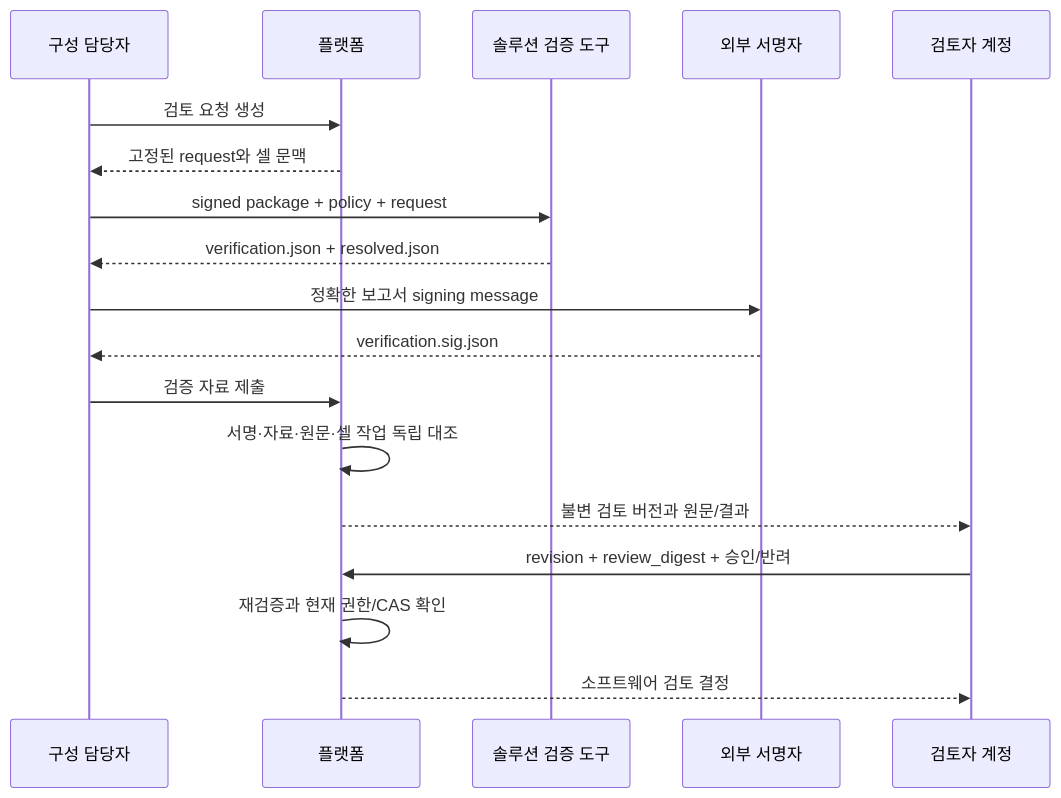
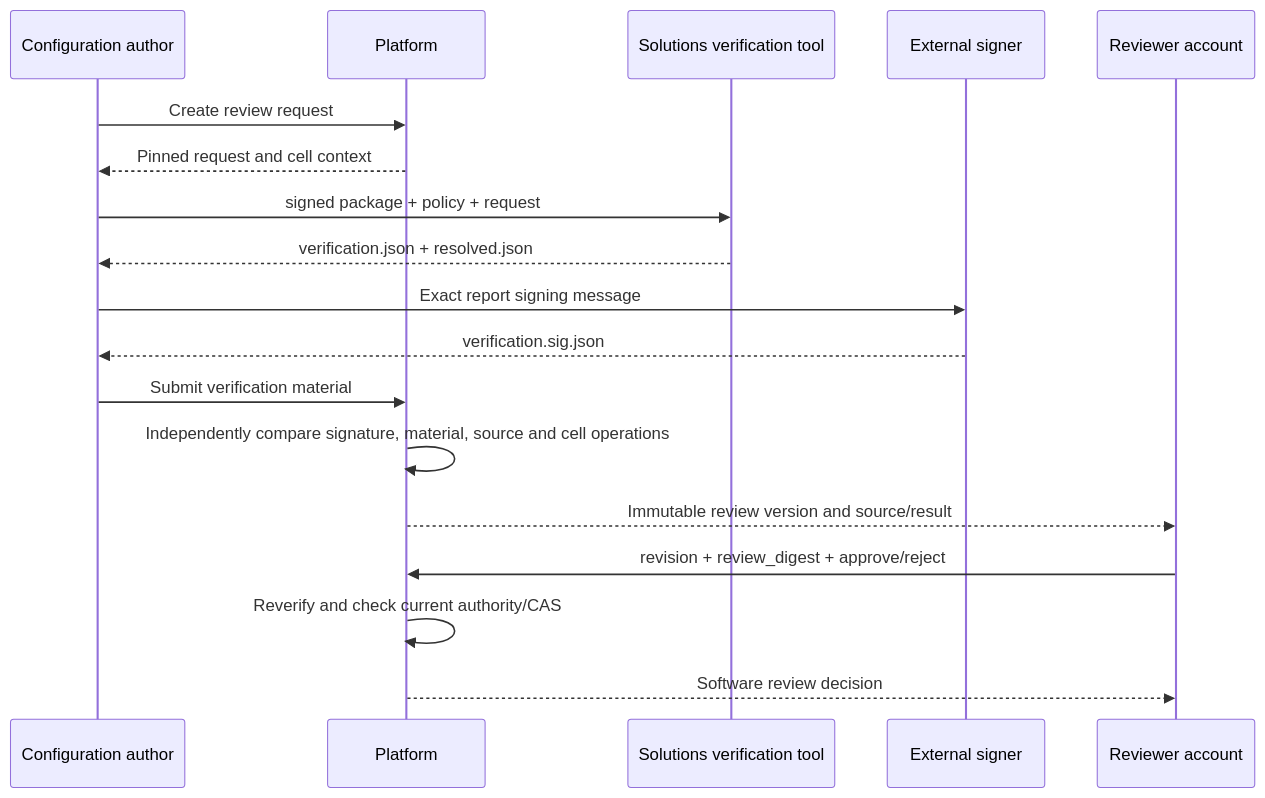
The diagram in crates/rx-application/PROCESS_REVIEW.md (jack0682/rx-platform), drawn with Mermaid before and after one commit. The commit also changed other lines of this file and 103 other files, not shown here.

````diff
--- a/crates/rx-application/PROCESS_REVIEW.md
+++ b/crates/rx-application/PROCESS_REVIEW.md
@@ -14,20 +14,20 @@
 ```mermaid
 sequenceDiagram
-    participant E as 구성 담당자
-    participant P as 플랫폼
-    participant S as 솔루션 검증 도구
-    participant K as 외부 서명자
-    participant V as 검토자 계정
-    E->>P: 검토 요청 생성
-    P-->>E: 고정된 request와 셀 문맥
+    participant E as Configuration author
+    participant P as Platform
+    participant S as Solutions verification tool
+    participant K as External signer
+    participant V as Reviewer account
+    E->>P: Create review request
+    P-->>E: Pinned request and cell context
     E->>S: signed package + policy + request
     S-->>E: verification.json + resolved.json
-    E->>K: 정확한 보고서 signing message
+    E->>K: Exact report signing message
     K-->>E: verification.sig.json
-    E->>P: 검증 자료 제출
-    P->>P: 서명·자료·원문·셀 작업 독립 대조
-    P-->>V: 불변 검토 버전과 원문/결과
-    V->>P: revision + review_digest + 승인/반려
-    P->>P: 재검증과 현재 권한/CAS 확인
-    P-->>V: 소프트웨어 검토 결정
+    E->>P: Submit verification material
+    P->>P: Independently compare signature, material, source and cell operations
+    P-->>V: Immutable review version and source/result
+    V->>P: revision + review_digest + approve/reject
+    P->>P: Reverify and check current authority/CAS
+    P-->>V: Software review decision
 ```
````
